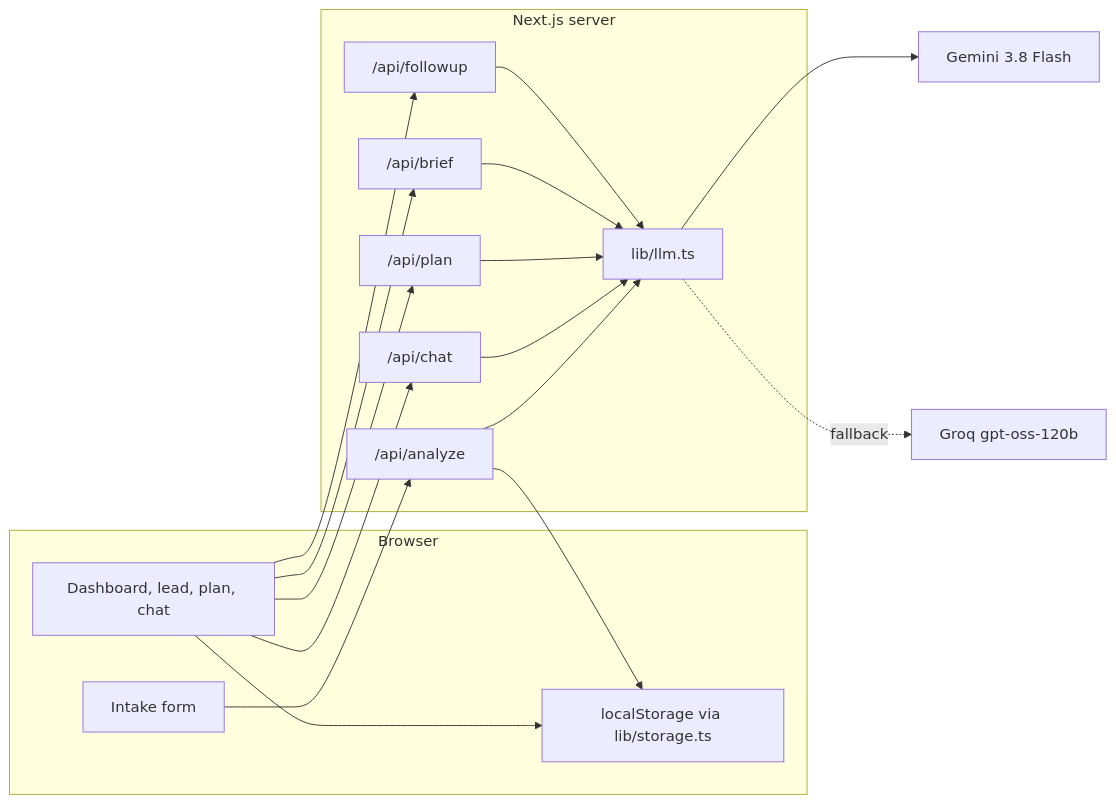
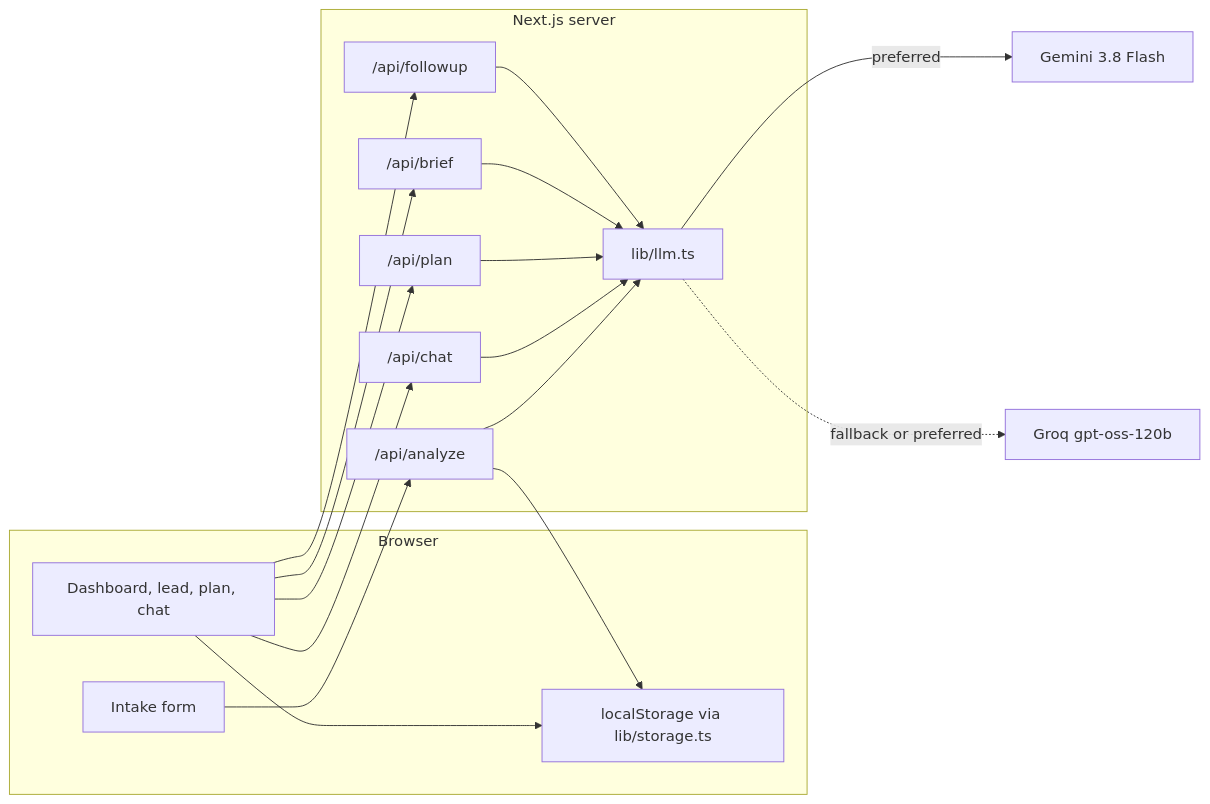
One commit to Ashlyagrawal23/leadlens changed the diagram in README.md. Above: the diagram before and after it, drawn with Mermaid. The commit also changed other lines of this file and 5 other files, not shown here.

````diff
--- a/README.md
+++ b/README.md
@@ -27,33 +31,33 @@
 ```mermaid
 flowchart LR
   subgraph browser [Browser]
     Form[Intake form]
     Store["localStorage via lib/storage.ts"]
     UI[Dashboard, lead, plan, chat]
   end
   subgraph server [Next.js server]
     Analyze["/api/analyze"]
     Chat["/api/chat"]
     Plan["/api/plan"]
     Brief["/api/brief"]
     Follow["/api/followup"]
     LLM["lib/llm.ts"]
   end
   Gemini[Gemini 3.8 Flash]
   Groq[Groq gpt-oss-120b]
 
   Form --> Analyze
   UI --> Chat
   UI --> Plan
   UI --> Brief
   UI --> Follow
   Analyze --> LLM
   Chat --> LLM
   Plan --> LLM
   Brief --> LLM
   Follow --> LLM
-  LLM --> Gemini
-  LLM -. fallback .-> Groq
+  LLM -- preferred --> Gemini
+  LLM -. fallback or preferred .-> Groq
   Analyze --> Store
   UI --> Store
 ```
````
